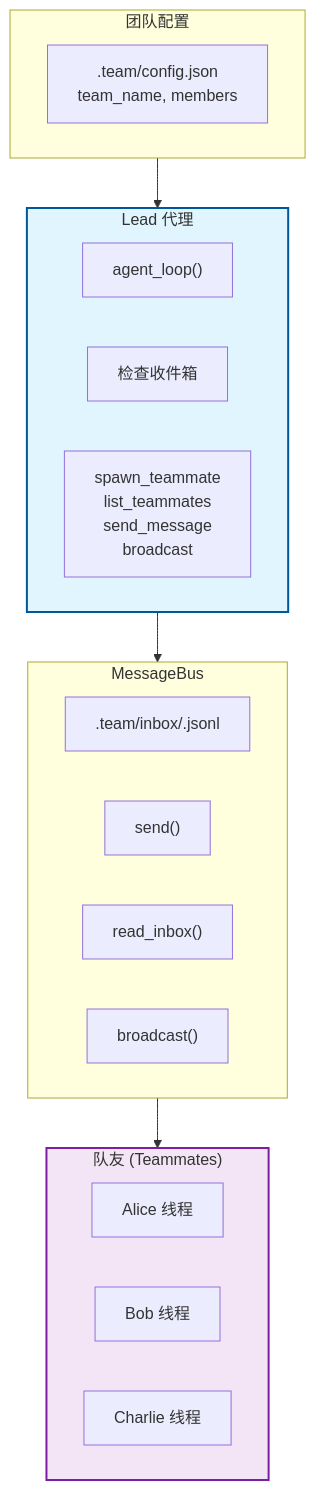
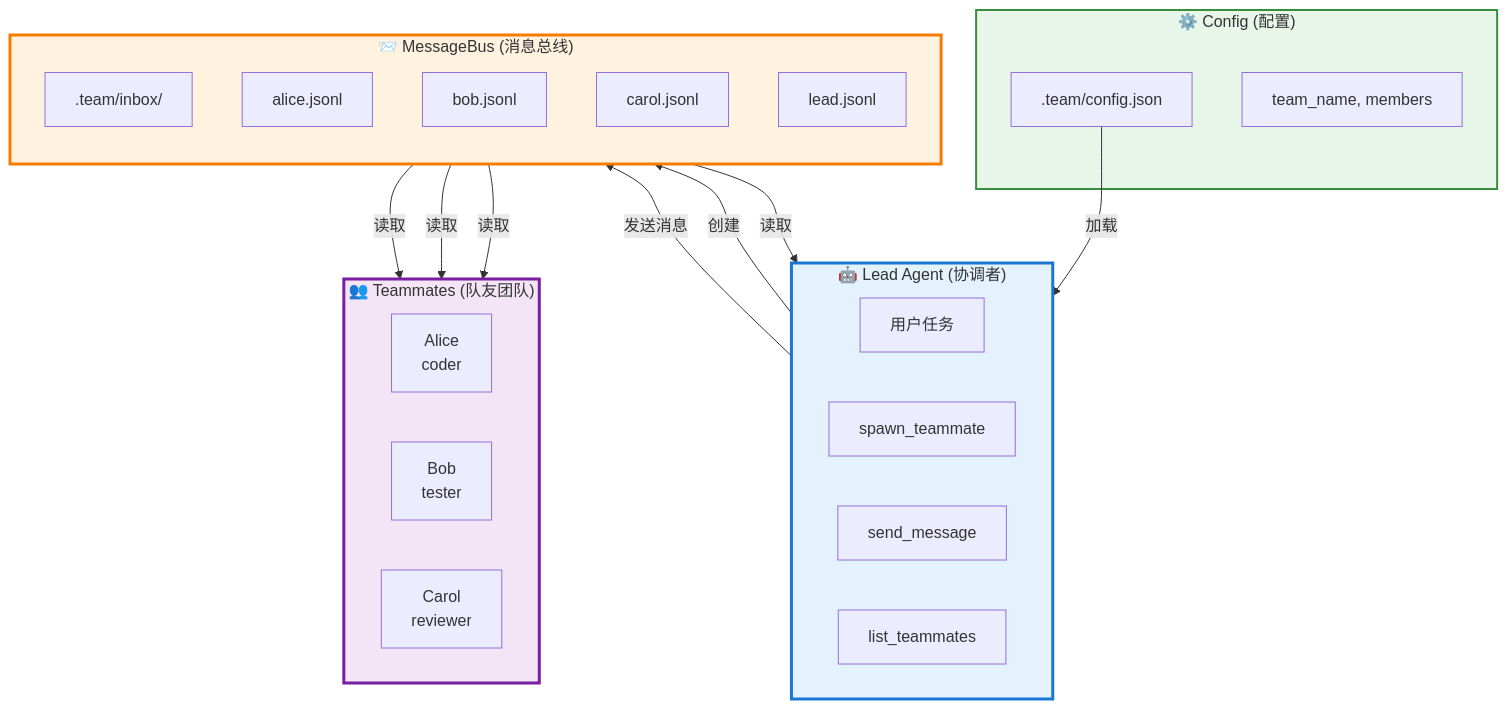
One commit to hata33/blog changed the second of 12 diagrams in docs/01-learn-claude-code/01-执行流程/s09_agent_teams.md. Above: the diagram before and after it, drawn with Mermaid. The commit also changed other lines of this file and 5 other files, not shown here.

````diff
--- a/docs/01-learn-claude-code/01-执行流程/s09_agent_teams.md
+++ b/docs/01-learn-claude-code/01-执行流程/s09_agent_teams.md
@@ -9,32 +270,44 @@
 ```mermaid
 graph TB
-    subgraph Lead["Lead 代理"]
-        LLoop["agent_loop()"]
-        LInbox["检查收件箱"]
-        LTools["spawn_teammate<br/>list_teammates<br/>send_message<br/>broadcast"]
+    subgraph Top["🤖 Lead Agent (协调者)"]
+        direction LR
+        L1["用户任务"]
+        L2["spawn_teammate"]
+        L3["send_message"]
+        L4["list_teammates"]
     end
 
-    subgraph Team["队友 (Teammates)"]
-        T1["Alice 线程"]
-        T2["Bob 线程"]
-        T3["Charlie 线程"]
+    subgraph Middle["📨 MessageBus (消息总线)"]
+        direction TB
+        M1[".team/inbox/"]
+        M2["  alice.jsonl"]
+        M3["  bob.jsonl"]
+        M4["  carol.jsonl"]
+        M5["  lead.jsonl"]
     end
 
-    subgraph MessageBus["MessageBus"]
-        Inbox[".team/inbox/<name>.jsonl"]
-        Send["send()"]
-        Read["read_inbox()"]
-        Broadcast["broadcast()"]
+    subgraph Bottom["👥 Teammates (队友团队)"]
+        direction LR
+        T1["Alice<br/>coder"]
+        T2["Bob<br/>tester"]
+        T3["Carol<br/>reviewer"]
     end
 
-    subgraph Config["团队配置"]
-        CFG[".team/config.json<br/>team_name, members"]
+    subgraph Base["⚙️ Config (配置)"]
+        C1[".team/config.json"]
+        C2["team_name, members"]
     end
 
-    Lead --> MessageBus
-    MessageBus --> Team
-    Config --> Lead
+    L2 -->|"创建"| M1
+    L3 -->|"发送消息"| M1
+    M1 -->|"读取"| T1
+    M1 -->|"读取"| T2
+    M1 -->|"读取"| T3
+    M1 -->|"读取"| L4
+    C1 -->|"加载"| L2
 
-    style Lead fill:#e1f5fe,stroke:#01579b,stroke-width:2px
-    style Team fill:#f3e5f5,stroke:#7b1fa2,stroke-width:2px
+    style Top fill:#e3f2fd,stroke:#1976d2,stroke-width:3px
+    style Middle fill:#fff3e0,stroke:#f57c00,stroke-width:3px
+    style Bottom fill:#f3e5f5,stroke:#7b1fa2,stroke-width:3px
+    style Base fill:#e8f5e9,stroke:#388e3c,stroke-width:2px
 ```
````
